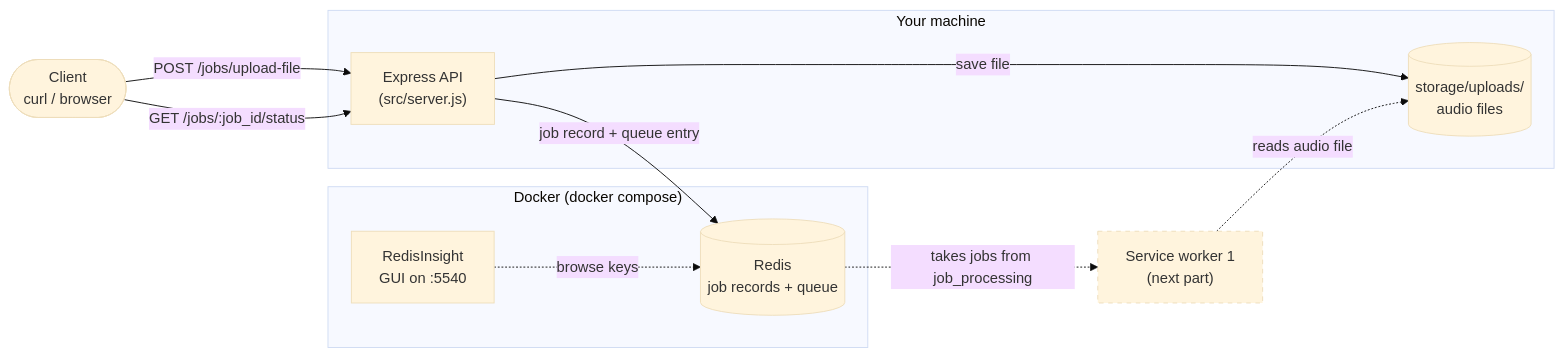
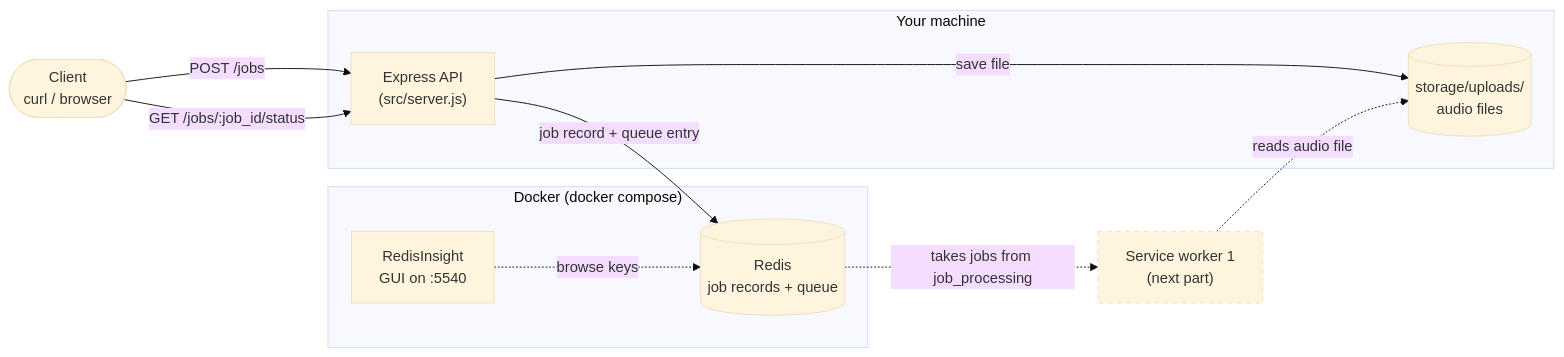
One commit to yahyalfc/audio-transcriptor changed the first of 6 diagrams in README.md. Above: the diagram before and after it, drawn with Mermaid (base theme). The commit also changed other lines of this file and 3 other files, not shown here.

````diff
--- a/README.md
+++ b/README.md
@@ -17,26 +17,26 @@
 ```mermaid
 flowchart LR
     Client([Client<br/>curl / browser])
 
     subgraph Mac["Your machine"]
         API["Express API<br/>(src/server.js)"]
         Disk[("storage/uploads/<br/>audio files")]
     end
 
     subgraph Docker["Docker (docker compose)"]
         Redis[("Redis<br/>job records + queue")]
         Insight["RedisInsight<br/>GUI on :5540"]
     end
 
     Worker1["Service worker 1<br/>(next part)"]
 
-    Client -- "POST /jobs/upload-file" --> API
+    Client -- "POST /jobs" --> API
     Client -- "GET /jobs/:job_id/status" --> API
     API -- "save file" --> Disk
     API -- "job record + queue entry" --> Redis
     Insight -. "browse keys" .-> Redis
     Redis -. "takes jobs from job_processing" .-> Worker1
     Worker1 -. "reads audio file" .-> Disk
 
     style Worker1 stroke-dasharray: 5 5
 ```
````
